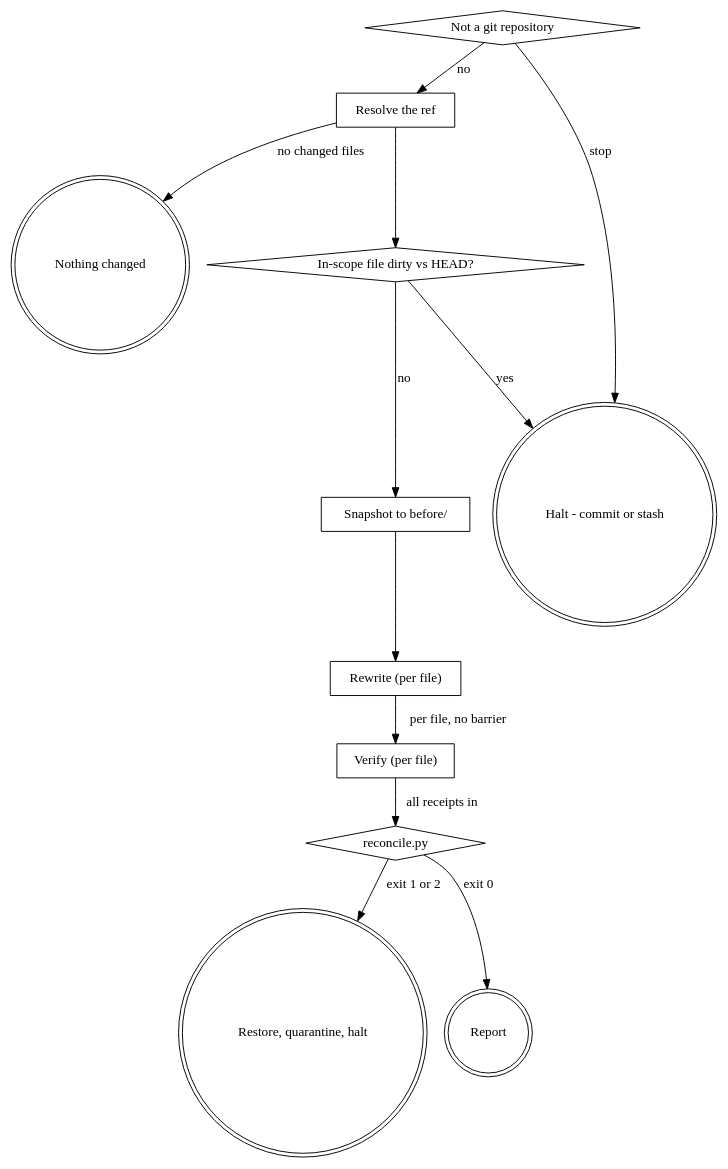
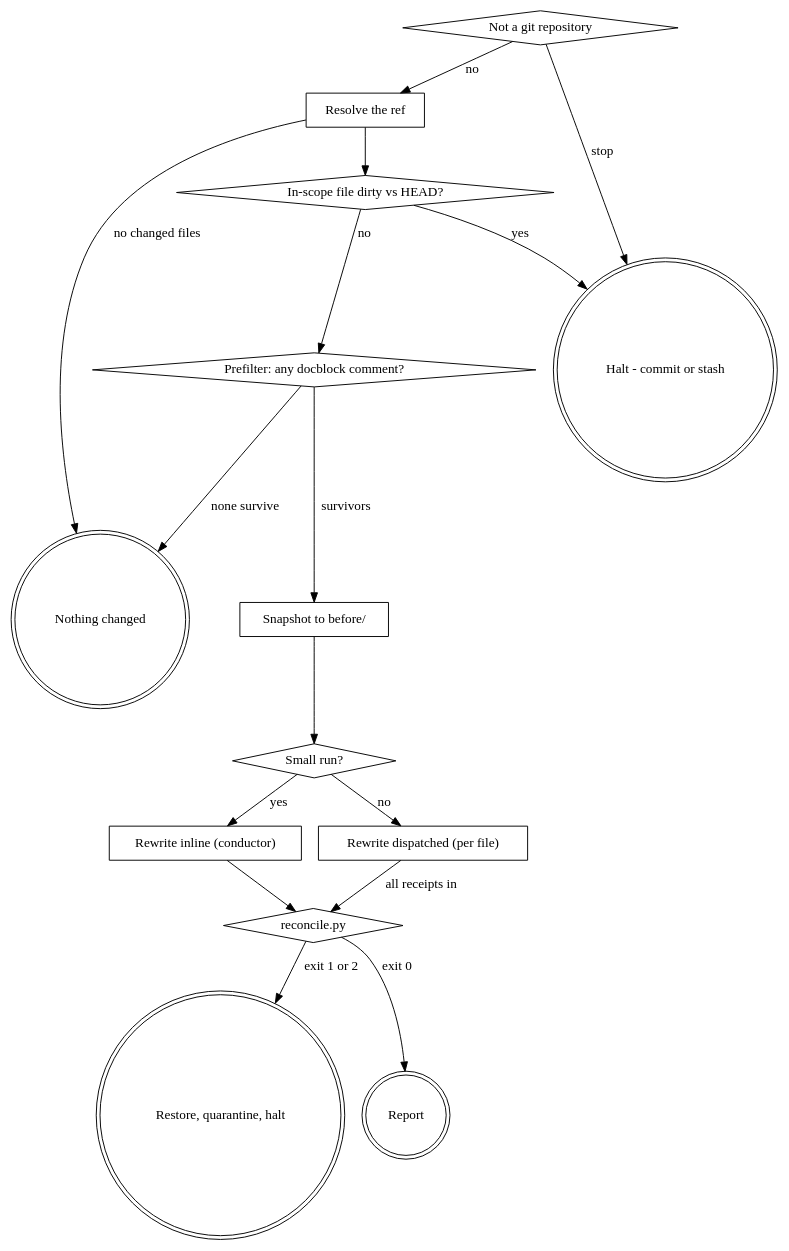
Before and after one commit to dashworthy/engineering: the diagram in engineering/skills/clarifying-docblocks/SKILL.md, drawn with Graphviz. The commit also changed other lines of this file and 12 other files, not shown here.

````diff
--- a/engineering/skills/clarifying-docblocks/SKILL.md
+++ b/engineering/skills/clarifying-docblocks/SKILL.md
@@ -23,27 +27,33 @@
 ```dot
 digraph vernacular {
     "Not a git repository" [shape=diamond];
     "Resolve the ref" [shape=box];
     "In-scope file dirty vs HEAD?" [shape=diamond];
+    "Prefilter: any docblock comment?" [shape=diamond];
     "Nothing changed" [shape=doublecircle];
     "Halt - commit or stash" [shape=doublecircle];
     "Snapshot to before/" [shape=box];
-    "Rewrite (per file)" [shape=box];
-    "Verify (per file)" [shape=box];
+    "Small run?" [shape=diamond];
+    "Rewrite inline (conductor)" [shape=box];
+    "Rewrite dispatched (per file)" [shape=box];
     "reconcile.py" [shape=diamond];
     "Restore, quarantine, halt" [shape=doublecircle];
     "Report" [shape=doublecircle];
 
     "Not a git repository" -> "Halt - commit or stash" [label="stop"];
     "Not a git repository" -> "Resolve the ref" [label="no"];
     "Resolve the ref" -> "Nothing changed" [label="no changed files"];
     "Resolve the ref" -> "In-scope file dirty vs HEAD?";
     "In-scope file dirty vs HEAD?" -> "Halt - commit or stash" [label="yes"];
-    "In-scope file dirty vs HEAD?" -> "Snapshot to before/" [label="no"];
-    "Snapshot to before/" -> "Rewrite (per file)";
-    "Rewrite (per file)" -> "Verify (per file)" [label="per file, no barrier"];
-    "Verify (per file)" -> "reconcile.py" [label="all receipts in"];
+    "In-scope file dirty vs HEAD?" -> "Prefilter: any docblock comment?" [label="no"];
+    "Prefilter: any docblock comment?" -> "Nothing changed" [label="none survive"];
+    "Prefilter: any docblock comment?" -> "Snapshot to before/" [label="survivors"];
+    "Snapshot to before/" -> "Small run?";
+    "Small run?" -> "Rewrite inline (conductor)" [label="yes"];
+    "Small run?" -> "Rewrite dispatched (per file)" [label="no"];
+    "Rewrite inline (conductor)" -> "reconcile.py";
+    "Rewrite dispatched (per file)" -> "reconcile.py" [label="all receipts in"];
     "reconcile.py" -> "Restore, quarantine, halt" [label="exit 1 or 2"];
     "reconcile.py" -> "Report" [label="exit 0"];
 }
 ```
````
